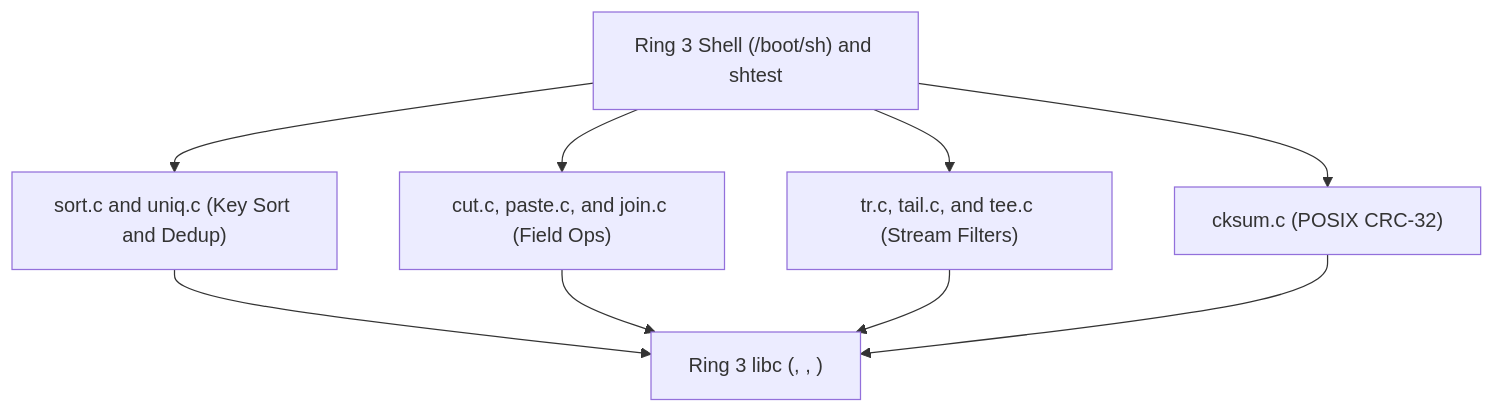
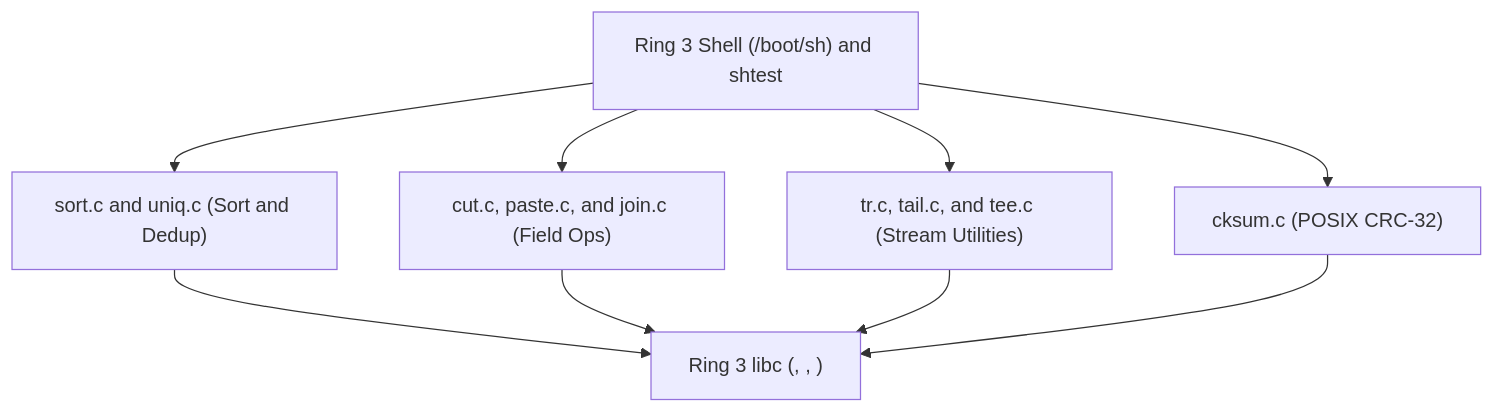
The diagram in docs/30-architecture/adr/ADR_0044.md (Deniz-Eren/microkernel), drawn with Mermaid before and after one commit. The commit also changed other lines of this file and 151 other files, not shown here.

````diff
--- a/docs/30-architecture/adr/ADR_0044.md
+++ b/docs/30-architecture/adr/ADR_0044.md
@@ -21,18 +21,18 @@
 ```mermaid
 flowchart TD
     SH["Ring 3 Shell (/boot/sh) and shtest"]
-    SORT["sort.c and uniq.c (Key Sort and Dedup)"]
+    SORT["sort.c and uniq.c (Sort and Dedup)"]
     FIELD["cut.c, paste.c, and join.c (Field Ops)"]
-    STREAM["tr.c, tail.c, and tee.c (Stream Filters)"]
+    STREAM["tr.c, tail.c, and tee.c (Stream Utilities)"]
     CKSUM["cksum.c (POSIX CRC-32)"]
     LIBC["Ring 3 libc (<stdio.h>, <stdlib.h>, <unistd.h>)"]
 
     SH --> SORT
     SH --> FIELD
     SH --> STREAM
     SH --> CKSUM
     SORT --> LIBC
     FIELD --> LIBC
     STREAM --> LIBC
     CKSUM --> LIBC
 ```
````
